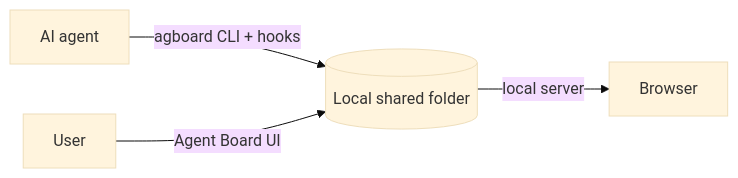
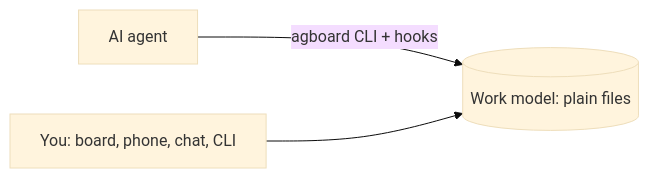
The diagram in README.md (FooQoo/agent-board), drawn with Mermaid (base theme) before and after one commit. The commit also changed other lines of this file and 58 other files, not shown here.

````diff
--- a/README.md
+++ b/README.md
@@ -31,6 +33,5 @@
 ```mermaid
 flowchart LR
-    A["AI agent"] -- "agboard CLI + hooks" --> D[("Local shared folder")]
-    U["User"] -- "Agent Board UI" --> D
-    D -- "local server" --> B["Browser"]
+    A["AI agent"] -- "agboard CLI + hooks" --> M[("Work model: plain files")]
+    U["You: board, phone, chat, CLI"] --> M
 ```
````
